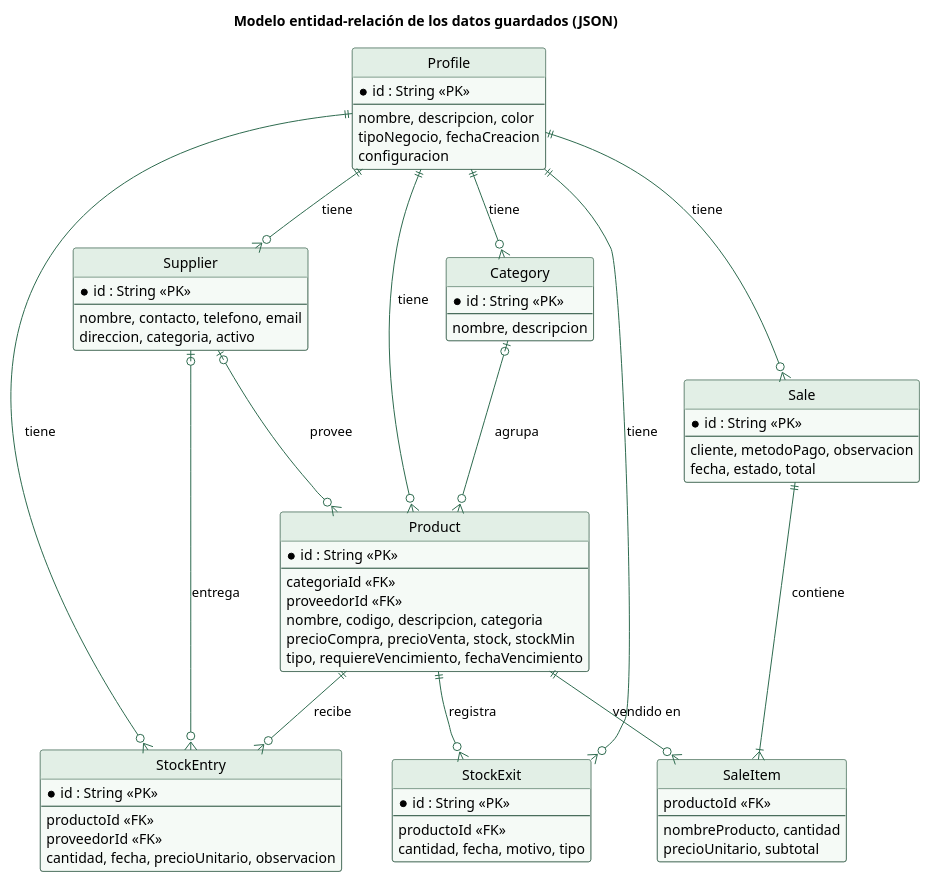
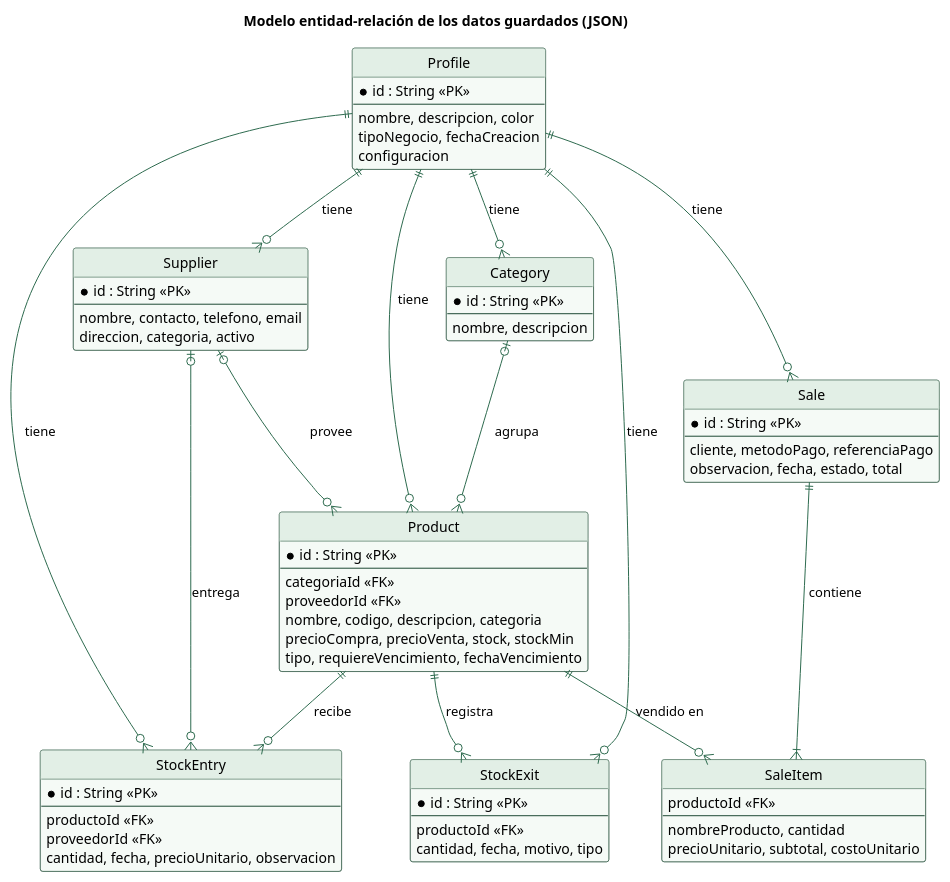
Before and after one commit to erickf-dev/TBalance: the diagram in docs/diagramas/mer.puml, drawn with PlantUML. The commit also changed 15 other files, not shown here.

First line of the commit message:
docs: update the diagrams for v3.4.0

```diff
--- a/docs/diagramas/mer.puml
+++ b/docs/diagramas/mer.puml
@@ -1,78 +1,78 @@
 @startuml
 skinparam shadowing false
 skinparam defaultFontName Helvetica
 skinparam ArrowColor #2e6b4f
 skinparam class {
   BackgroundColor #f5faf6
   BorderColor #1e4a35
   HeaderBackgroundColor #e2efe6
 }
 hide circle
 hide empty methods
 title Modelo entidad-relación de los datos guardados (JSON)
 entity "Profile" as P {
   * id : String <<PK>>
   --
   nombre, descripcion, color
   tipoNegocio, fechaCreacion
   configuracion
 }
 entity "Category" as CA {
   * id : String <<PK>>
   --
   nombre, descripcion
 }
 entity "Supplier" as PR {
   * id : String <<PK>>
   --
   nombre, contacto, telefono, email
   direccion, categoria, activo
 }
 entity "Product" as PO {
   * id : String <<PK>>
   --
   categoriaId <<FK>>
   proveedorId <<FK>>
   nombre, codigo, descripcion, categoria
   precioCompra, precioVenta, stock, stockMin
   tipo, requiereVencimiento, fechaVencimiento
 }
 entity "StockEntry" as EN {
   * id : String <<PK>>
   --
   productoId <<FK>>
   proveedorId <<FK>>
   cantidad, fecha, precioUnitario, observacion
 }
 entity "StockExit" as SA {
   * id : String <<PK>>
   --
   productoId <<FK>>
   cantidad, fecha, motivo, tipo
 }
 entity "Sale" as VE {
   * id : String <<PK>>
   --
-  cliente, metodoPago, observacion
-  fecha, estado, total
+  cliente, metodoPago, referenciaPago
+  observacion, fecha, estado, total
 }
 entity "SaleItem" as IV {
   productoId <<FK>>
   --
   nombreProducto, cantidad
-  precioUnitario, subtotal
+  precioUnitario, subtotal, costoUnitario
 }
 P ||--o{ CA : tiene
 P ||--o{ PR : tiene
 P ||--o{ PO : tiene
 P ||--o{ EN : tiene
 P ||--o{ SA : tiene
 P ||--o{ VE : tiene
 CA |o--o{ PO : agrupa
 PR |o--o{ PO : provee
 PO ||--o{ EN : recibe
 PR |o--o{ EN : entrega
 PO ||--o{ SA : registra
 VE ||--|{ IV : contiene
 PO ||--o{ IV : vendido en
 @enduml
```
